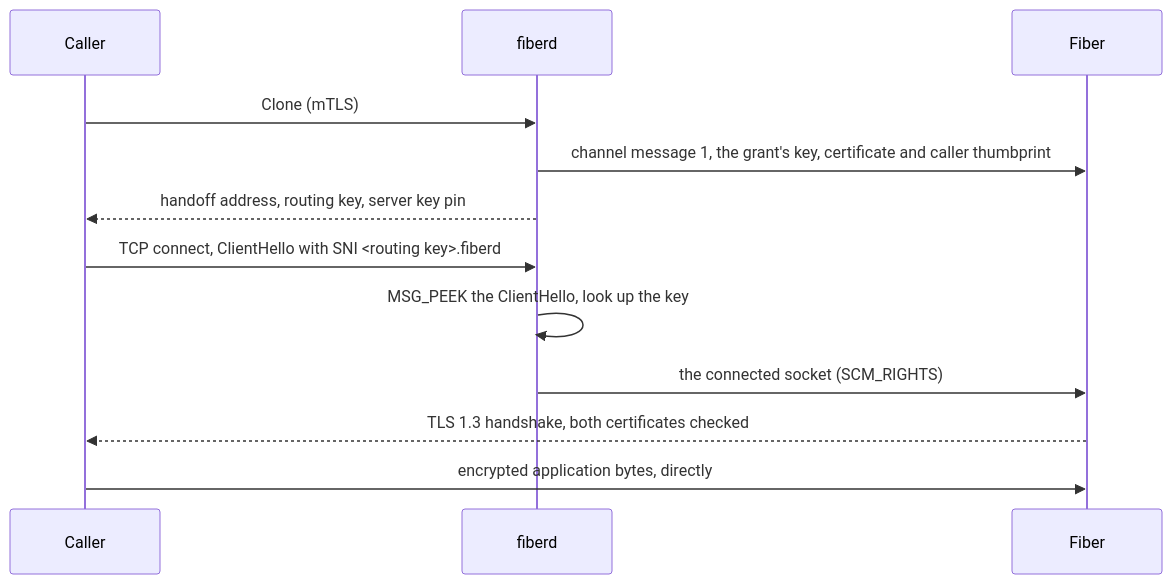
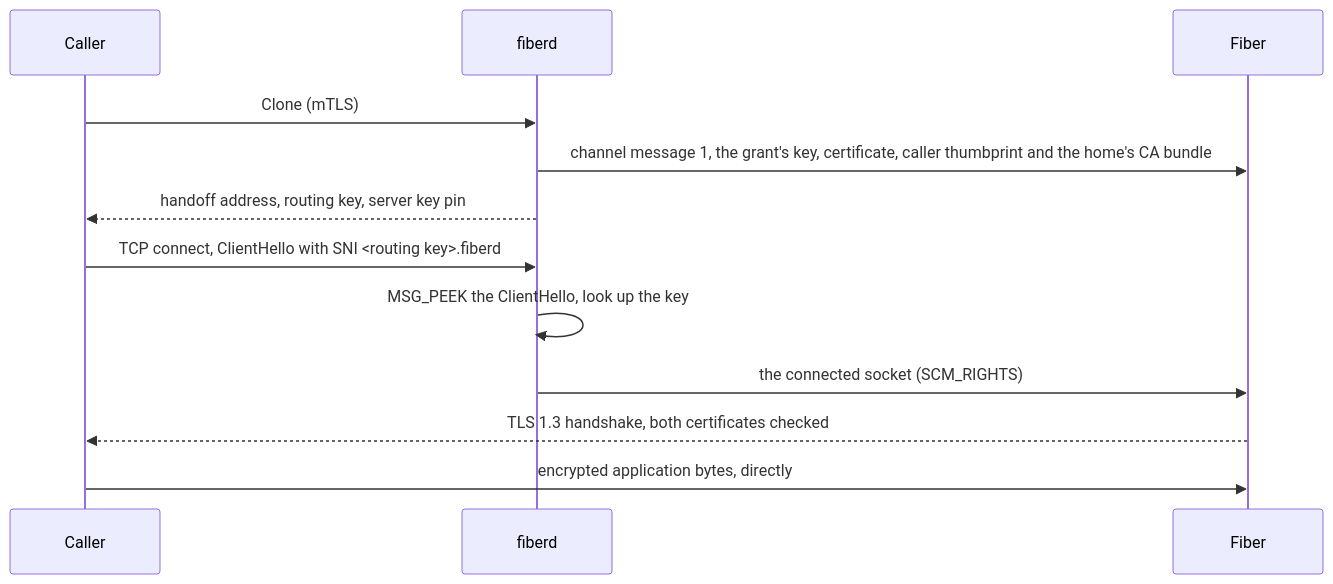
One commit to helayoty/fiberd changed the diagram in docs/design/handoff.md. Above: the diagram before and after it, drawn with Mermaid. The commit also changed other lines of this file and 24 other files, not shown here.

````diff
--- a/docs/design/handoff.md
+++ b/docs/design/handoff.md
@@ -15,14 +15,14 @@
 ```mermaid
 sequenceDiagram
   participant C as Caller
   participant A as fiberd
   participant F as Fiber
   C->>A: Clone (mTLS)
-  A->>F: channel message 1, the grant's key, certificate and caller thumbprint
+  A->>F: channel message 1, the grant's key, certificate, caller thumbprint and the home's CA bundle
   A-->>C: handoff address, routing key, server key pin
   C->>A: TCP connect, ClientHello with SNI <routing key>.fiberd
   A->>A: MSG_PEEK the ClientHello, look up the key
   A->>F: the connected socket (SCM_RIGHTS)
   F-->>C: TLS 1.3 handshake, both certificates checked
   C->>F: encrypted application bytes, directly
 ```
````
